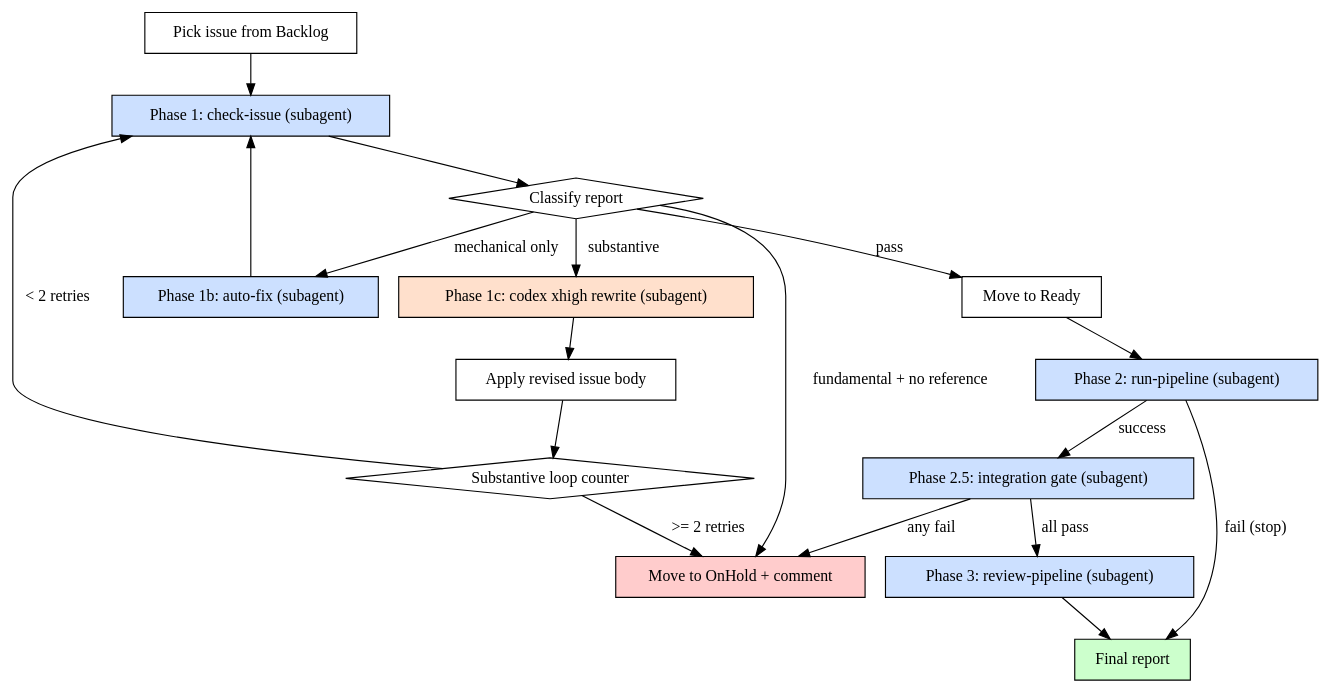
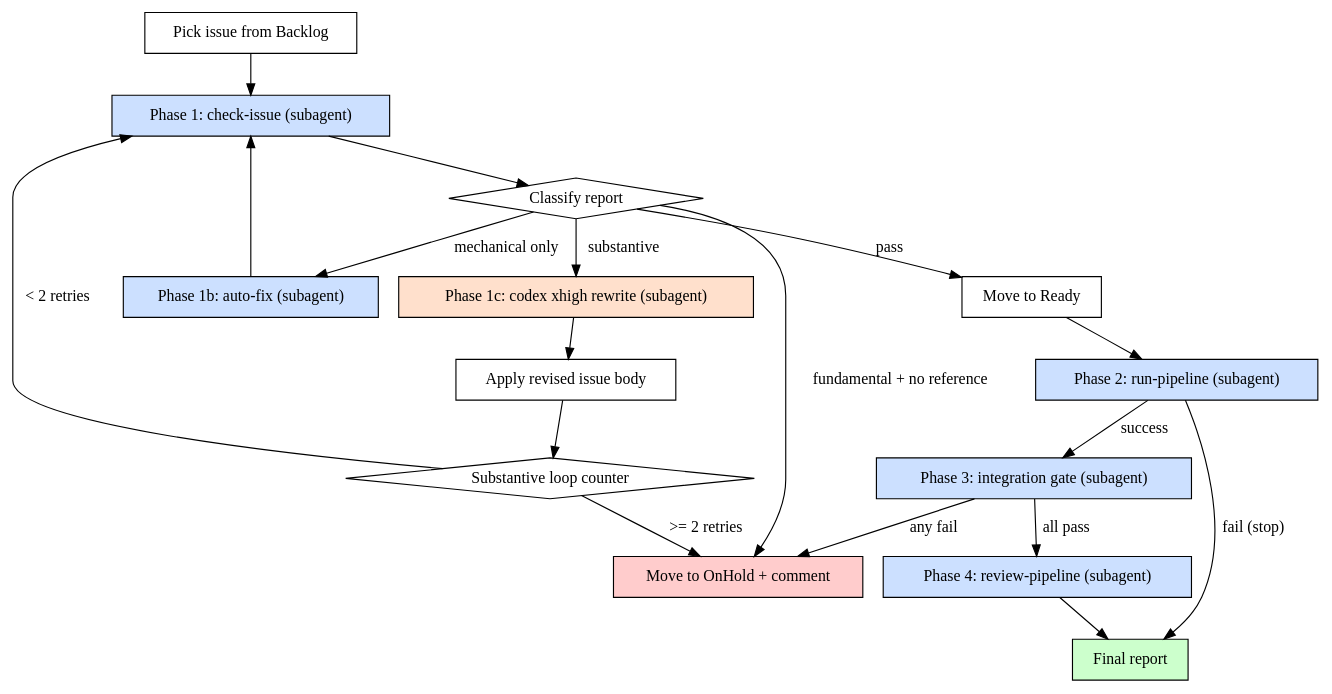
The diagram in .claude/skills/auto-pipeline/SKILL.md (CodingThrust/problem-reductions), drawn with Graphviz before and after one commit. The commit also changed other lines of this file, not shown here.

First line of the commit message:
Renumber auto-pipeline integration gate as Step 3 (not 2.5)

````diff
--- a/.claude/skills/auto-pipeline/SKILL.md
+++ b/.claude/skills/auto-pipeline/SKILL.md
@@ -58,36 +58,36 @@
 ```dot
 digraph auto_pipeline {
     rankdir=TB;
     "Pick issue from Backlog" [shape=box];
     "Phase 1: check-issue (subagent)" [shape=box, style=filled, fillcolor="#cce0ff"];
     "Classify report" [shape=diamond];
     "Phase 1b: auto-fix (subagent)" [shape=box, style=filled, fillcolor="#cce0ff"];
     "Phase 1c: codex xhigh rewrite (subagent)" [shape=box, style=filled, fillcolor="#ffe0cc"];
     "Apply revised issue body" [shape=box];
     "Substantive loop counter" [shape=diamond];
     "Move to OnHold + comment" [shape=box, style=filled, fillcolor="#ffcccc"];
     "Move to Ready" [shape=box];
     "Phase 2: run-pipeline (subagent)" [shape=box, style=filled, fillcolor="#cce0ff"];
-    "Phase 2.5: integration gate (subagent)" [shape=box, style=filled, fillcolor="#cce0ff"];
-    "Phase 3: review-pipeline (subagent)" [shape=box, style=filled, fillcolor="#cce0ff"];
+    "Phase 3: integration gate (subagent)" [shape=box, style=filled, fillcolor="#cce0ff"];
+    "Phase 4: review-pipeline (subagent)" [shape=box, style=filled, fillcolor="#cce0ff"];
     "Final report" [shape=box, style=filled, fillcolor="#ccffcc"];
 
     "Pick issue from Backlog" -> "Phase 1: check-issue (subagent)";
     "Phase 1: check-issue (subagent)" -> "Classify report";
     "Classify report" -> "Move to Ready" [label="pass"];
     "Classify report" -> "Phase 1b: auto-fix (subagent)" [label="mechanical only"];
     "Classify report" -> "Phase 1c: codex xhigh rewrite (subagent)" [label="substantive"];
     "Classify report" -> "Move to OnHold + comment" [label="fundamental + no reference"];
     "Phase 1b: auto-fix (subagent)" -> "Phase 1: check-issue (subagent)";
     "Phase 1c: codex xhigh rewrite (subagent)" -> "Apply revised issue body";
     "Apply revised issue body" -> "Substantive loop counter";
     "Substantive loop counter" -> "Phase 1: check-issue (subagent)" [label="< 2 retries"];
     "Substantive loop counter" -> "Move to OnHold + comment" [label=">= 2 retries"];
     "Move to Ready" -> "Phase 2: run-pipeline (subagent)";
-    "Phase 2: run-pipeline (subagent)" -> "Phase 2.5: integration gate (subagent)" [label="success"];
+    "Phase 2: run-pipeline (subagent)" -> "Phase 3: integration gate (subagent)" [label="success"];
     "Phase 2: run-pipeline (subagent)" -> "Final report" [label="fail (stop)"];
-    "Phase 2.5: integration gate (subagent)" -> "Phase 3: review-pipeline (subagent)" [label="all pass"];
-    "Phase 2.5: integration gate (subagent)" -> "Move to OnHold + comment" [label="any fail"];
-    "Phase 3: review-pipeline (subagent)" -> "Final report";
+    "Phase 3: integration gate (subagent)" -> "Phase 4: review-pipeline (subagent)" [label="all pass"];
+    "Phase 3: integration gate (subagent)" -> "Move to OnHold + comment" [label="any fail"];
+    "Phase 4: review-pipeline (subagent)" -> "Final report";
 }
 ```
````
